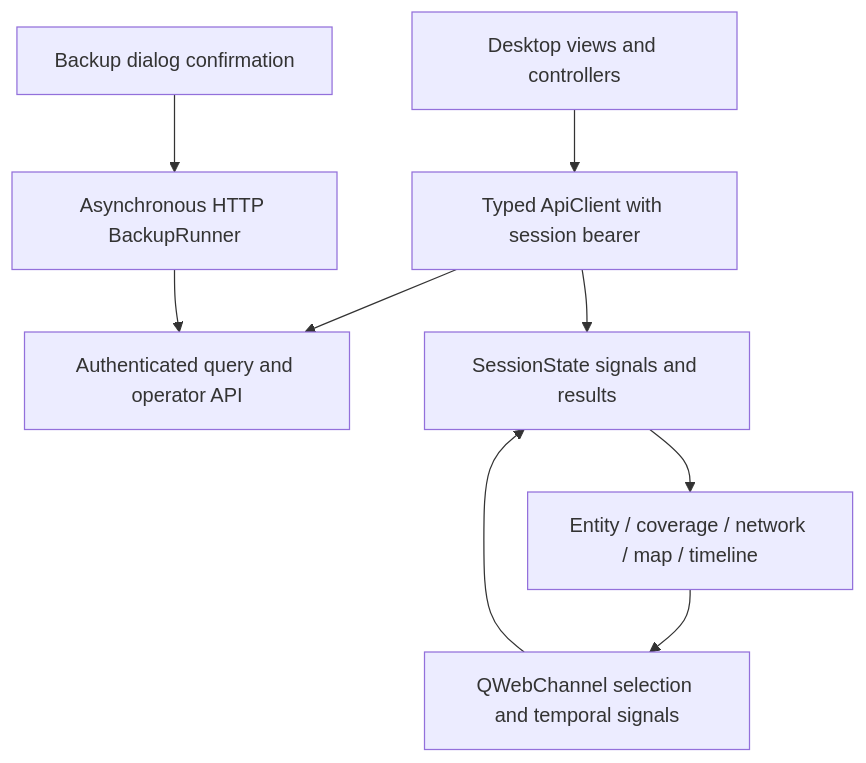
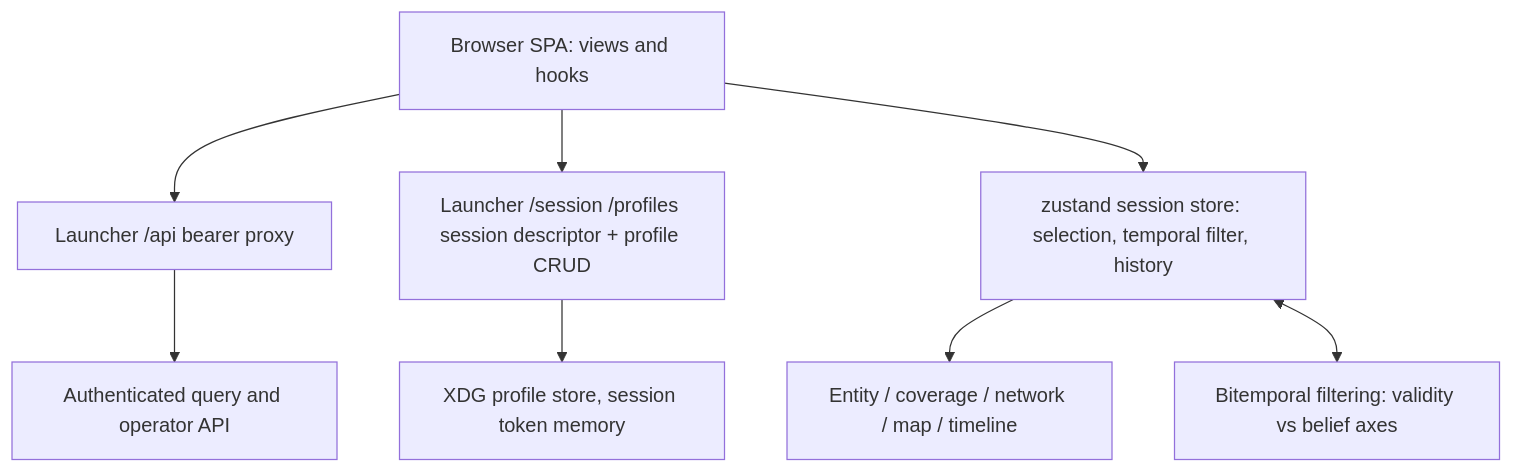
One commit to playa77/limes changed the diagram in docs/LIMES_Desktop_Client_Architecture_v1.0.0.md. Above: the diagram before and after it, drawn with Mermaid. The commit also changed other lines of this file and 186 other files, not shown here.

Commit message:
dc-17: retire the PySide6 desktop for the ReUI web client and launcher

````diff
--- a/docs/LIMES_Desktop_Client_Architecture_v1.0.0.md
+++ b/docs/LIMES_Desktop_Client_Architecture_v1.0.0.md
@@ -23,11 +26,10 @@
 ```mermaid
 flowchart TD
-    U[Desktop views and controllers] --> C[Typed ApiClient with session bearer]
-    C --> API[Authenticated query and operator API]
-    C --> S[SessionState signals and results]
+    B[Browser SPA: views and hooks] --> P[Launcher /api bearer proxy]
+    P --> API[Authenticated query and operator API]
+    B --> L[Launcher /session /profiles session descriptor + profile CRUD]
+    L --> X[XDG profile store, session token memory]
+    B --> S[zustand session store: selection, temporal filter, history]
     S --> V[Entity / coverage / network / map / timeline]
-    B[Backup dialog confirmation] --> R[Asynchronous HTTP BackupRunner]
-    R --> API
-    V --> Q[QWebChannel selection and temporal signals]
-    Q --> S
+    S <--> T[Bitemporal filtering: validity vs belief axes]
 ```
````
